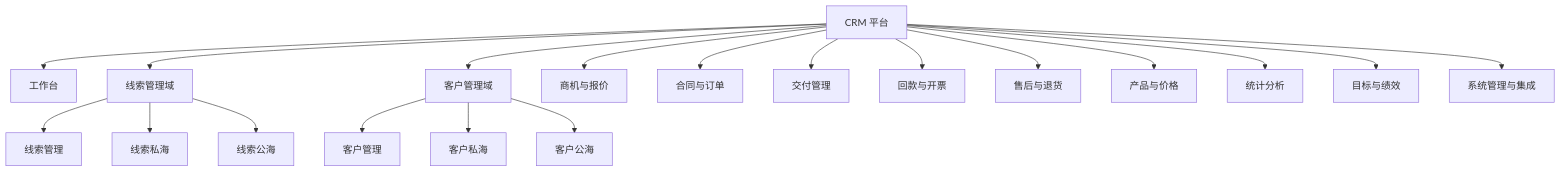
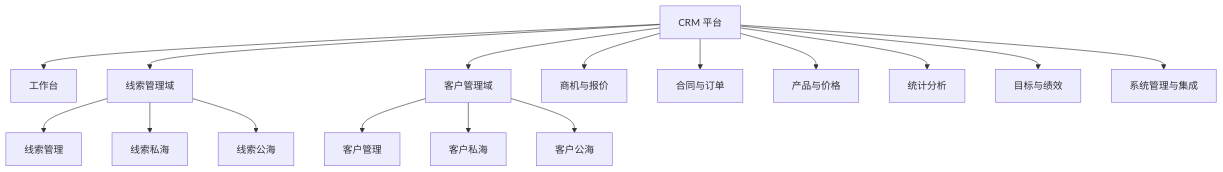
The second of 9 diagrams in 智能CRM系统整体闭环流程文档.md (Squirtles331/AiCRM), drawn with Mermaid before and after one commit. The commit also changed other lines of this file and 7 other files, not shown here.

````diff
--- a/智能CRM系统整体闭环流程文档.md
+++ b/智能CRM系统整体闭环流程文档.md
@@ -125,22 +107,19 @@
 ```mermaid
 flowchart TB
     CRM[CRM 平台]
     CRM --> W[工作台]
     CRM --> LH[线索管理域]
     LH --> L1[线索管理]
     LH --> L2[线索私海]
     LH --> L3[线索公海]
     CRM --> CH[客户管理域]
     CH --> C1[客户管理]
     CH --> C2[客户私海]
     CH --> C3[客户公海]
     CRM --> O[商机与报价]
     CRM --> CO[合同与订单]
-    CRM --> D[交付管理]
-    CRM --> F[回款与开票]
-    CRM --> S[售后与退货]
     CRM --> P[产品与价格]
     CRM --> R[统计分析]
     CRM --> T[目标与绩效]
     CRM --> M[系统管理与集成]
 ```
````
